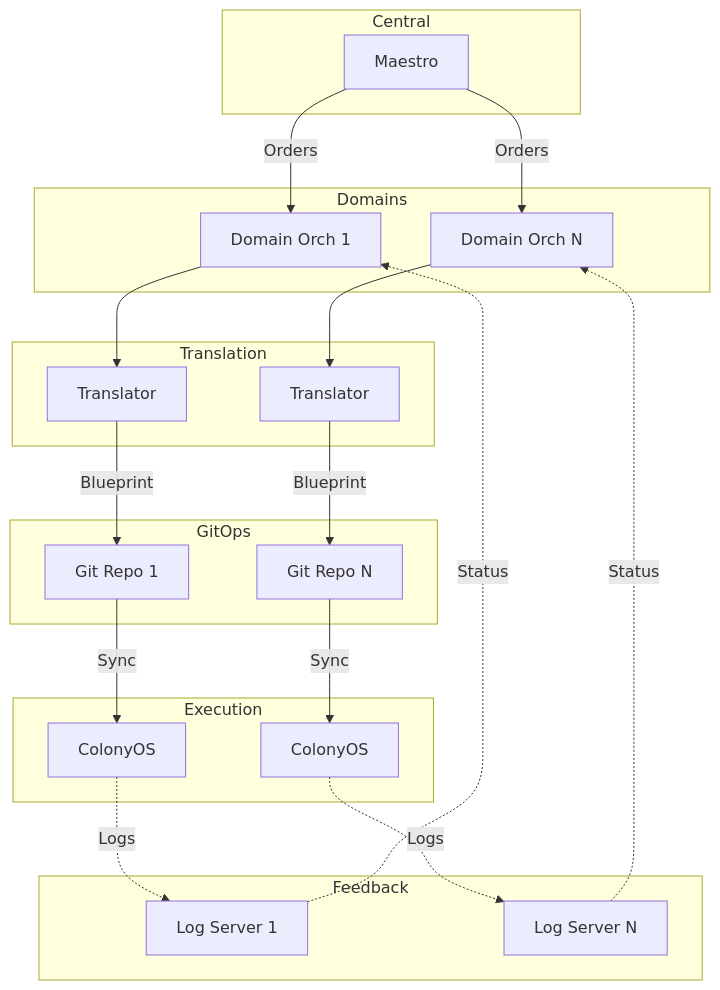
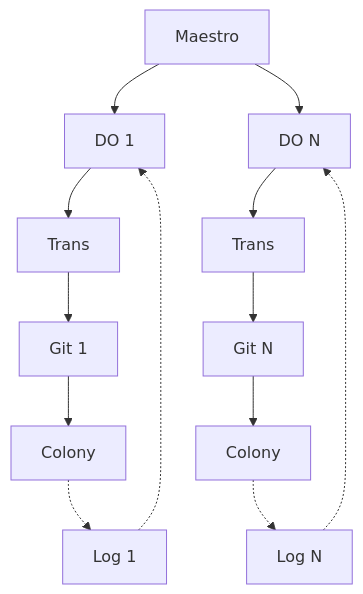
The first of 4 diagrams in README.md (cop-pilot-eu/cluster-1-integration), drawn with Mermaid before and after one commit. The commit also changed other lines of this file, not shown here.

````diff
--- a/README.md
+++ b/README.md
@@ -54,44 +54,27 @@
 ```mermaid
 graph TB
-    subgraph Central
-        M[Maestro]
-    end
+    M[Maestro]
+    DO1[DO 1]
+    DO2[DO N]
+    T1[Trans]
+    T2[Trans]
+    G1[Git 1]
+    G2[Git N]
+    C1[Colony]
+    C2[Colony]
+    F1[Log 1]
+    F2[Log N]
 
-    subgraph Domains
-        DO1[Domain Orch 1]
-        DO2[Domain Orch N]
-    end
-
-    subgraph Translation
-        T1[Translator]
-        T2[Translator]
-    end
-
-    subgraph GitOps
-        G1[Git Repo 1]
-        G2[Git Repo N]
-    end
-
-    subgraph Execution
-        C1[ColonyOS]
-        C2[ColonyOS]
-    end
-
-    subgraph Feedback
-        F1[Log Server 1]
-        F2[Log Server N]
-    end
-
-    M -->|Orders| DO1
-    M -->|Orders| DO2
+    M --> DO1
+    M --> DO2
     DO1 --> T1
     DO2 --> T2
-    T1 -->|Blueprint| G1
-    T2 -->|Blueprint| G2
-    G1 -->|Sync| C1
-    G2 -->|Sync| C2
-    C1 -.->|Logs| F1
-    C2 -.->|Logs| F2
-    F1 -.->|Status| DO1
-    F2 -.->|Status| DO2
+    T1 --> G1
+    T2 --> G2
+    G1 --> C1
+    G2 --> C2
+    C1 -.-> F1
+    C2 -.-> F2
+    F1 -.-> DO1
+    F2 -.-> DO2
 ```
````
